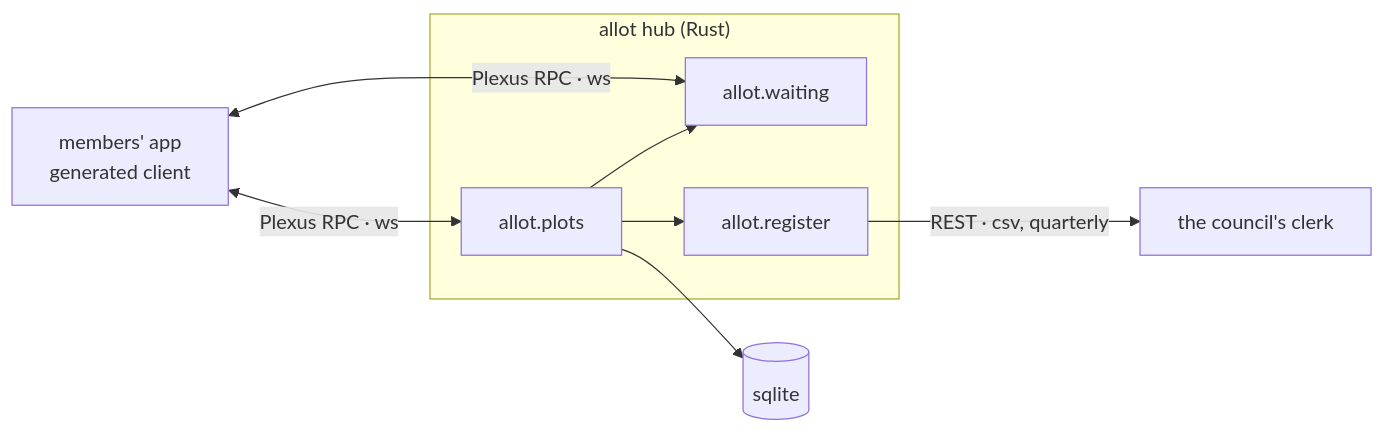
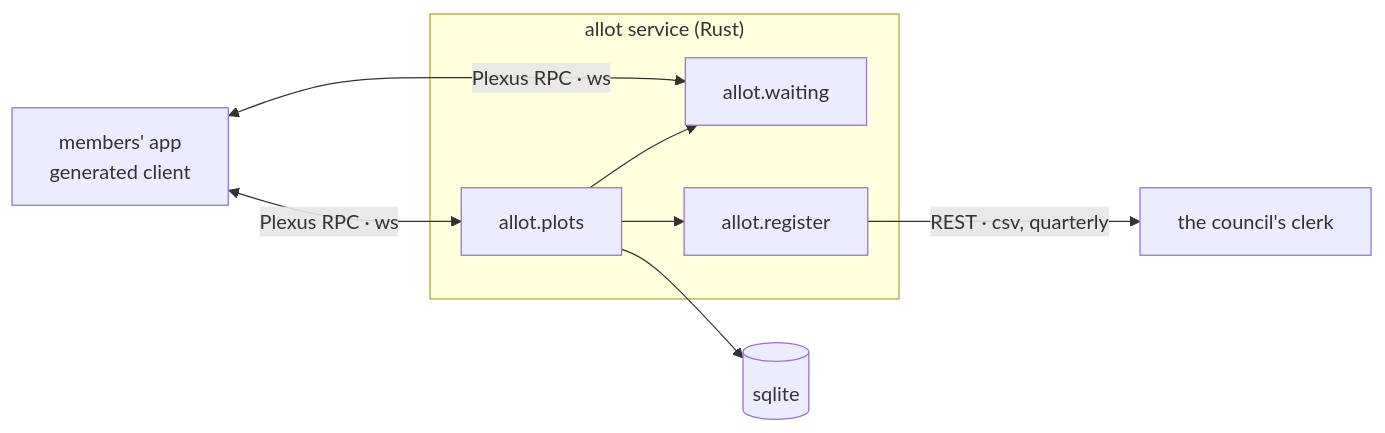
The diagram in ticketing/examples/pattern.md (hypermemetic-ai/menger-skills), drawn with Mermaid before and after one commit. The commit also changed 18 other files, not shown here.

First line of the commit message:
NAMING: a Plexus backend is a service, never a hub — every skill and example says service (owner, 2026-10-29: "we don't call them hubs anymore. we call them services.")

````diff
--- a/ticketing/examples/pattern.md
+++ b/ticketing/examples/pattern.md
@@ -60,11 +60,11 @@
 ```mermaid
 flowchart LR
-  subgraph H["allot hub (Rust)"]
+  subgraph H["allot service (Rust)"]
     P["allot.plots"] --> W["allot.waiting"]
     P --> R["allot.register"]
   end
   M["members' app<br/>generated client"] <-->|"Plexus RPC · ws"| P
   M <-->|"Plexus RPC · ws"| W
   R -->|"REST · csv, quarterly"| C["the council's clerk"]
   P --> DB[("sqlite")]
 ```
````
